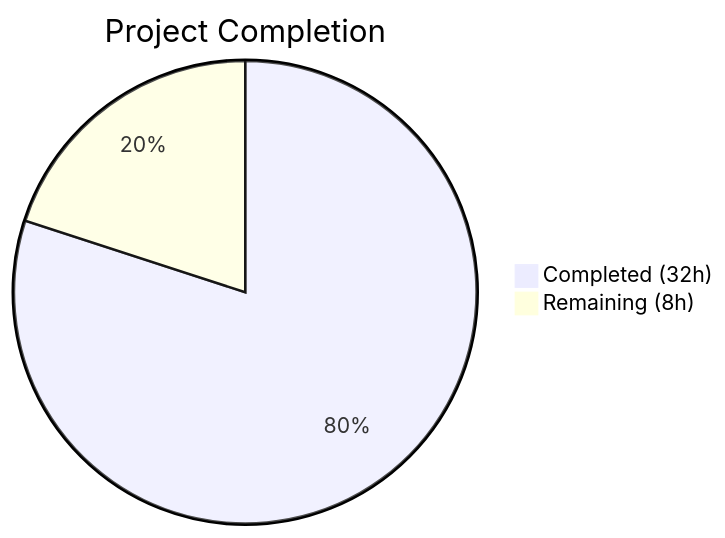
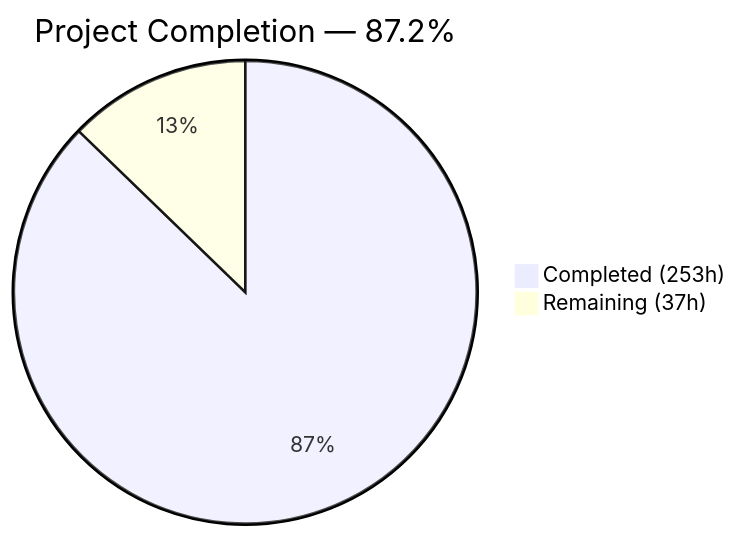
Before and after one commit to Blitzy-Sandbox/blitzy-cal: the first of 3 diagrams in blitzy/documentation/Project Guide.md, drawn with Mermaid. The commit also changed other lines of this file, not shown here.

Commit message:
Adding Blitzy Project Guide: Project Status and Human Tasks Remaining

````diff
--- a/blitzy/documentation/Project Guide.md
+++ b/blitzy/documentation/Project Guide.md
@@ -11,5 +13,5 @@
 ```mermaid
-pie title Project Completion
-    "Completed (32h)" : 32
-    "Remaining (8h)" : 8
+pie title Project Completion — 87.2%
+    "Completed (253h)" : 253
+    "Remaining (37h)" : 37
 ```
````
